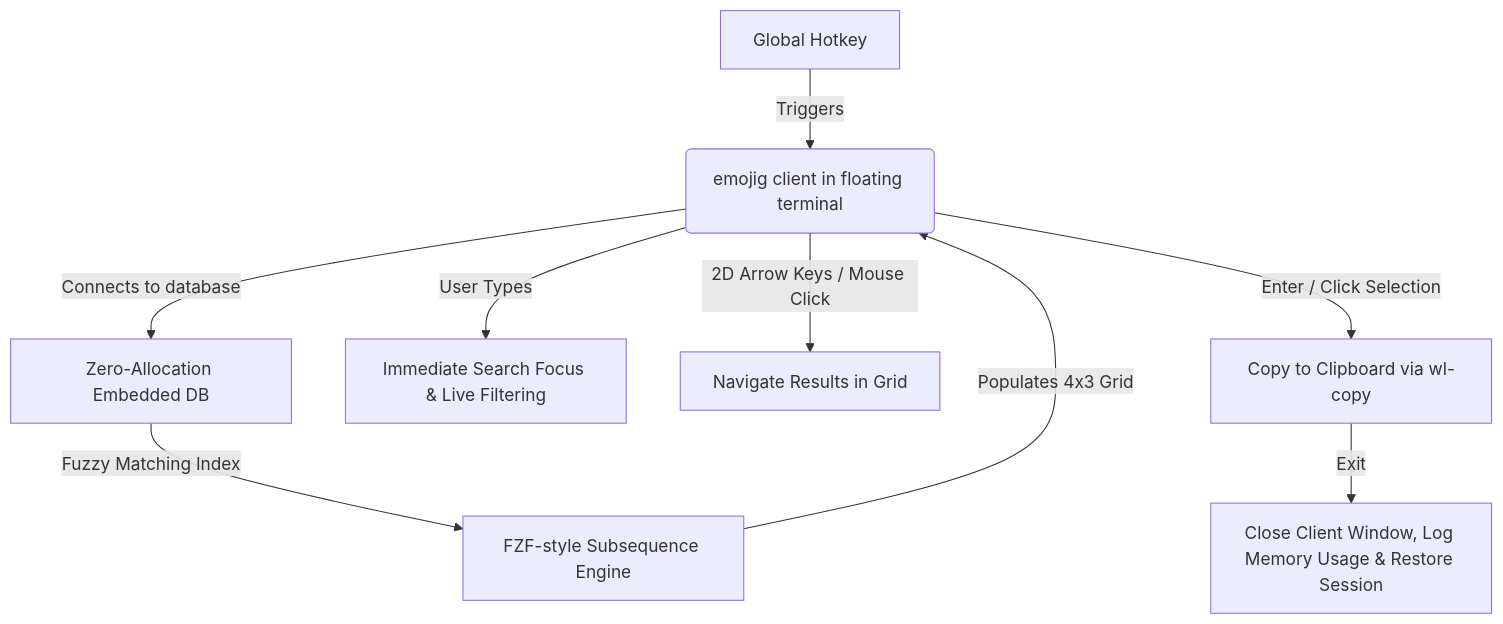
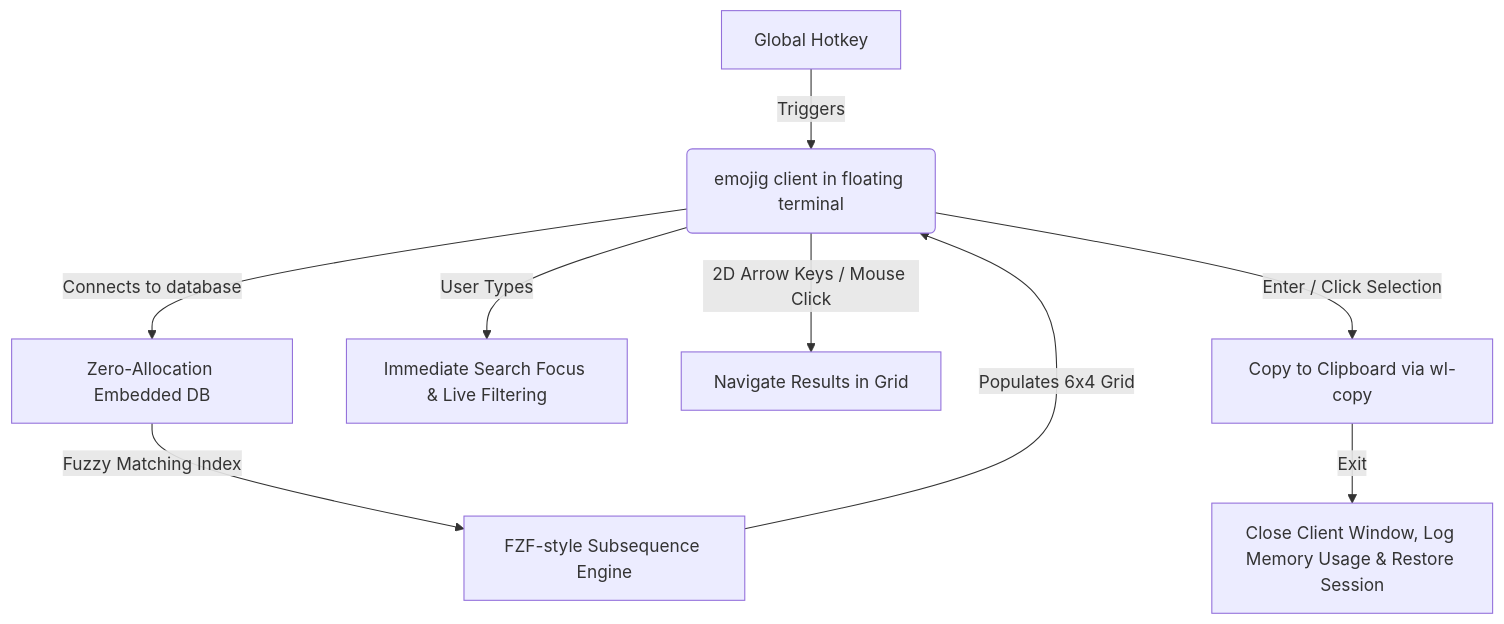
One commit to ubunatic/emojig changed the diagram in PLAN.md. Above: the diagram before and after it, drawn with Mermaid. The commit also changed other lines of this file and 4 other files, not shown here.

````diff
--- a/PLAN.md
+++ b/PLAN.md
@@ -11,11 +11,11 @@
 ```mermaid
 graph TD
     A[Global Hotkey] -->|Triggers| B(emojig client in floating terminal)
     B -->|Connects to database| C[Zero-Allocation Embedded DB]
     C -->|Fuzzy Matching Index| D[FZF-style Subsequence Engine]
-    D -->|Populates 4x3 Grid| B
+    D -->|Populates 6x4 Grid| B
     B -->|User Types| H[Immediate Search Focus & Live Filtering]
     B -->|2D Arrow Keys / Mouse Click| I[Navigate Results in Grid]
     B -->|Enter / Click Selection| F[Copy to Clipboard via wl-copy]
     F -->|Exit| G[Close Client Window, Log Memory Usage & Restore Session]
 ```
````
